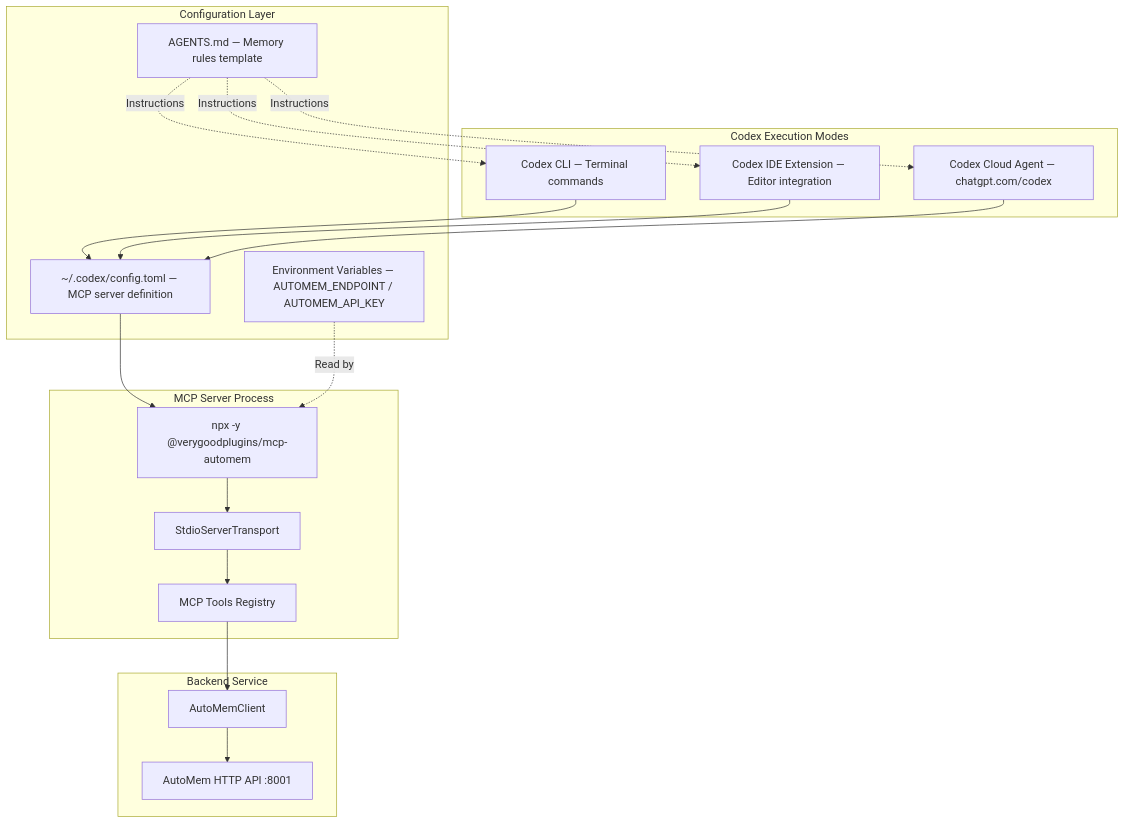
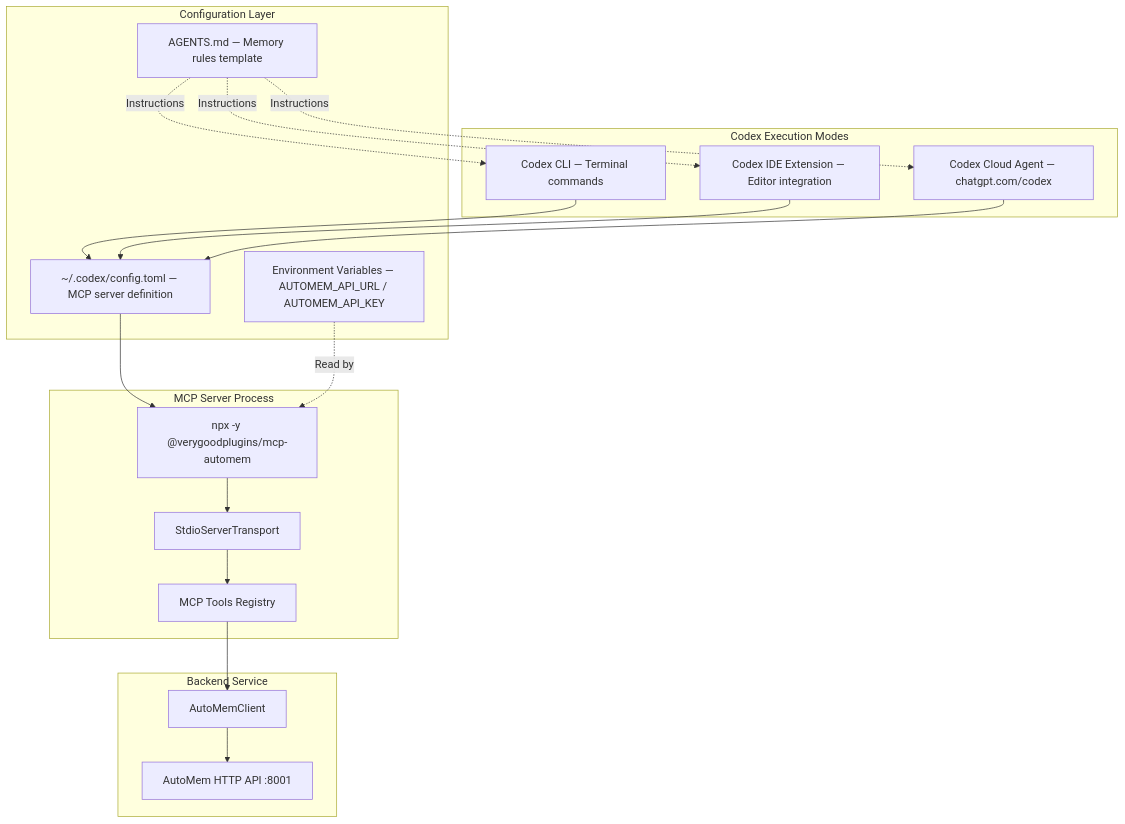
The first of 2 diagrams in src/content/docs/docs/platforms/codex.md (verygoodplugins/automem-website), drawn with Mermaid before and after one commit. The commit also changed other lines of this file and 9 other files, not shown here.

First line of the commit message:
docs: use canonical AUTOMEM_API_URL in platform config examples

````diff
--- a/src/content/docs/docs/platforms/codex.md
+++ b/src/content/docs/docs/platforms/codex.md
@@ -24,40 +24,40 @@
 ```mermaid
 graph TB
     subgraph "Codex Execution Modes"
         CLI["Codex CLI — Terminal commands"]
         IDE["Codex IDE Extension — Editor integration"]
         CLOUD["Codex Cloud Agent — chatgpt.com/codex"]
     end
 
     subgraph "Configuration Layer"
         TOML["~/.codex/config.toml — MCP server definition"]
         AGENTS["AGENTS.md — Memory rules template"]
-        ENV["Environment Variables — AUTOMEM_ENDPOINT / AUTOMEM_API_KEY"]
+        ENV["Environment Variables — AUTOMEM_API_URL / AUTOMEM_API_KEY"]
     end
 
     subgraph "MCP Server Process"
         NPX["npx -y @verygoodplugins/mcp-automem"]
         STDIO["StdioServerTransport"]
         TOOLS["MCP Tools Registry"]
     end
 
     subgraph "Backend Service"
         CLIENT["AutoMemClient"]
         API["AutoMem HTTP API :8001"]
     end
 
     CLI --> TOML
     IDE --> TOML
     CLOUD --> TOML
 
     TOML --> NPX
     AGENTS -.->|"Instructions"| CLI
     AGENTS -.->|"Instructions"| IDE
     AGENTS -.->|"Instructions"| CLOUD
     ENV -.->|"Read by"| NPX
 
     NPX --> STDIO
     STDIO --> TOOLS
     TOOLS --> CLIENT
     CLIENT --> API
 ```
````
